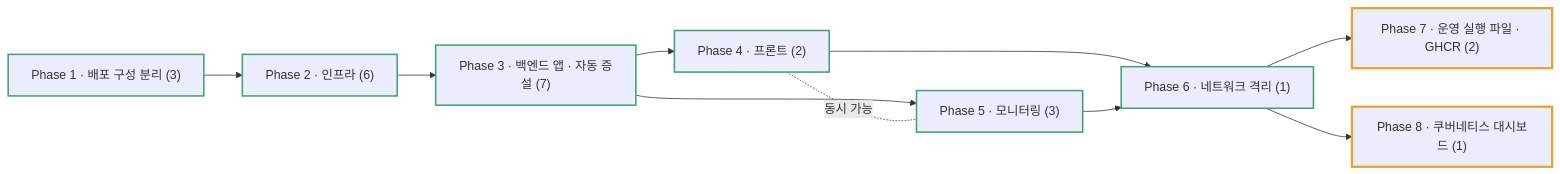
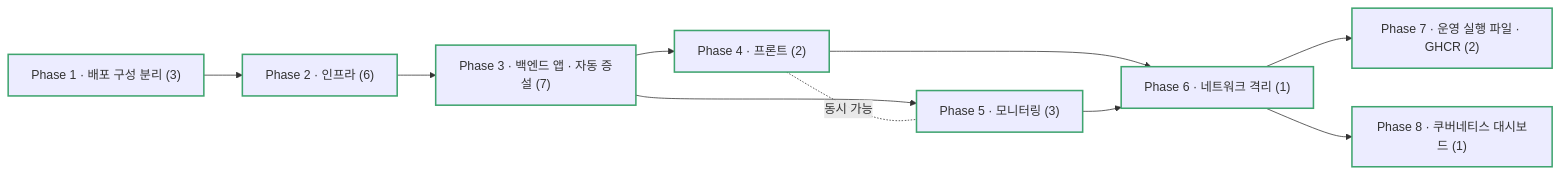
The diagram in .beaver/output/roadmap/k8s-roadmap.md (HaSungJe/deskless), drawn with Mermaid before and after one commit. The commit also changed other lines of this file and 4 other files, not shown here.

````diff
--- a/.beaver/output/roadmap/k8s-roadmap.md
+++ b/.beaver/output/roadmap/k8s-roadmap.md
@@ -9,15 +9,15 @@
 ```mermaid
 flowchart LR
   P1["Phase 1 · 배포 구성 분리 (3)"]:::done --> P2["Phase 2 · 인프라 (6)"]:::done
   P2 --> P3["Phase 3 · 백엔드 앱 · 자동 증설 (7)"]:::done
   P3 --> P4["Phase 4 · 프론트 (2)"]:::done
   P3 --> P5["Phase 5 · 모니터링 (3)"]:::done
   P4 -. 동시 가능 .- P5
   P4 --> P6["Phase 6 · 네트워크 격리 (1)"]:::done
   P5 --> P6
-  P6 --> P7["Phase 7 · 운영 실행 파일 · GHCR (2)"]:::inprog
-  P6 --> P8["Phase 8 · 쿠버네티스 대시보드 (1)"]:::inprog
+  P6 --> P7["Phase 7 · 운영 실행 파일 · GHCR (2)"]:::done
+  P6 --> P8["Phase 8 · 쿠버네티스 대시보드 (1)"]:::done
   classDef done stroke:#3fa46f,stroke-width:2px
   classDef inprog stroke:#e0a82e,stroke-width:3px
   classDef todo stroke:#8a949c,stroke-width:1px,stroke-dasharray:4 3
 ```
````
